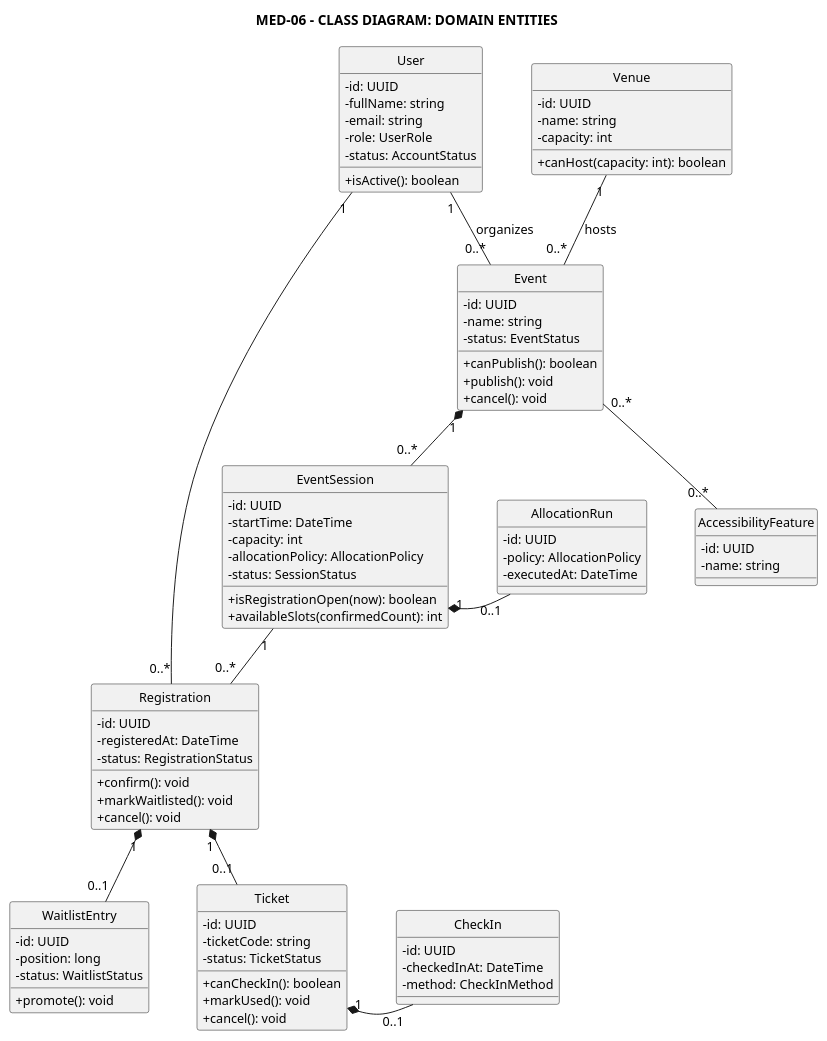
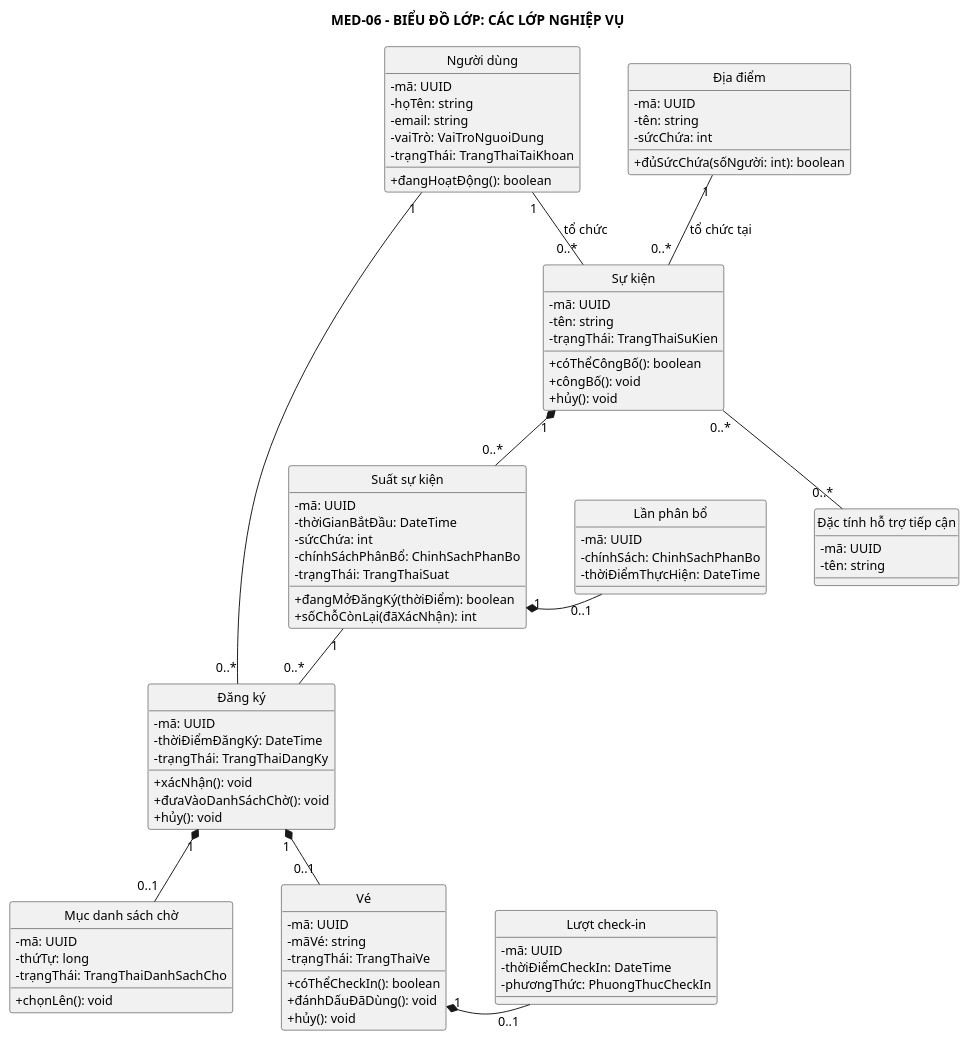
Before and after one commit to anh632k-ui/OOP-DoAn: the diagram in PTTK/03_ClassDiagram/01-class-diagram-entities.puml, drawn with PlantUML.

Commit message:
docs(tv): Việt hóa biểu đồ lớp nghiệp vụ

```diff
--- a/PTTK/03_ClassDiagram/01-class-diagram-entities.puml
+++ b/PTTK/03_ClassDiagram/01-class-diagram-entities.puml
@@ -1,99 +1,98 @@
 @startuml
 top to bottom direction
 skinparam monochrome true
 skinparam shadowing false
 skinparam classAttributeIconSize 0
 skinparam defaultFontSize 13
 skinparam nodesep 50
 skinparam ranksep 55
 hide circle
 hide stereotypes
 
-title MED-06 - CLASS DIAGRAM: DOMAIN ENTITIES
+title MED-06 - BIỂU ĐỒ LỚP: CÁC LỚP NGHIỆP VỤ
 
-class User {
-  - id: UUID
-  - fullName: string
+class "Người dùng" as NguoiDung {
+  - mã: UUID
+  - họTên: string
   - email: string
-  - role: UserRole
-  - status: AccountStatus
-  + isActive(): boolean
+  - vaiTrò: VaiTroNguoiDung
+  - trạngThái: TrangThaiTaiKhoan
+  + đangHoạtĐộng(): boolean
 }
-class Venue {
-  - id: UUID
-  - name: string
-  - capacity: int
-  + canHost(capacity: int): boolean
+class "Địa điểm" as DiaDiem {
+  - mã: UUID
+  - tên: string
+  - sứcChứa: int
+  + đủSứcChứa(sốNgười: int): boolean
 }
-class AccessibilityFeature {
-  - id: UUID
-  - name: string
+class "Đặc tính hỗ trợ tiếp cận" as HoTroTiepCan {
+  - mã: UUID
+  - tên: string
 }
-class Event {
-  - id: UUID
-  - name: string
-  - status: EventStatus
-  + canPublish(): boolean
-  + publish(): void
-  + cancel(): void
+class "Sự kiện" as SuKien {
+  - mã: UUID
+  - tên: string
+  - trạngThái: TrangThaiSuKien
+  + cóThểCôngBố(): boolean
+  + côngBố(): void
+  + hủy(): void
 }
-class EventSession {
-  - id: UUID
-  - startTime: DateTime
-  - capacity: int
-  - allocationPolicy: AllocationPolicy
-  - status: SessionStatus
-  + isRegistrationOpen(now): boolean
-  + availableSlots(confirmedCount): int
+class "Suất sự kiện" as SuatSuKien {
+  - mã: UUID
+  - thờiGianBắtĐầu: DateTime
+  - sứcChứa: int
+  - chínhSáchPhânBổ: ChinhSachPhanBo
+  - trạngThái: TrangThaiSuat
+  + đangMởĐăngKý(thờiĐiểm): boolean
+  + sốChỗCònLại(đãXácNhận): int
 }
-class AllocationRun {
-  - id: UUID
-  - policy: AllocationPolicy
-  - executedAt: DateTime
+class "Lần phân bổ" as LanPhanBo {
+  - mã: UUID
+  - chínhSách: ChinhSachPhanBo
+  - thờiĐiểmThựcHiện: DateTime
 }
-class Registration {
-  - id: UUID
-  - registeredAt: DateTime
-  - status: RegistrationStatus
-  + confirm(): void
-  + markWaitlisted(): void
-  + cancel(): void
+class "Đăng ký" as DangKy {
+  - mã: UUID
+  - thờiĐiểmĐăngKý: DateTime
+  - trạngThái: TrangThaiDangKy
+  + xácNhận(): void
+  + đưaVàoDanhSáchChờ(): void
+  + hủy(): void
 }
-class WaitlistEntry {
-  - id: UUID
-  - position: long
-  - status: WaitlistStatus
-  + promote(): void
+class "Mục danh sách chờ" as DanhSachCho {
+  - mã: UUID
+  - thứTự: long
+  - trạngThái: TrangThaiDanhSachCho
+  + chọnLên(): void
 }
-class Ticket {
-  - id: UUID
-  - ticketCode: string
-  - status: TicketStatus
-  + canCheckIn(): boolean
-  + markUsed(): void
-  + cancel(): void
+class "Vé" as Ve {
+  - mã: UUID
+  - mãVé: string
+  - trạngThái: TrangThaiVe
+  + cóThểCheckIn(): boolean
+  + đánhDấuĐãDùng(): void
+  + hủy(): void
 }
-class CheckIn {
-  - id: UUID
-  - checkedInAt: DateTime
-  - method: CheckInMethod
+class "Lượt check-in" as LuotCheckIn {
+  - mã: UUID
+  - thờiĐiểmCheckIn: DateTime
+  - phươngThức: PhuongThucCheckIn
 }
 
-Venue "1" -- "0..*" Event : hosts
-User "1" -- "0..*" Event : organizes
-Event "1" *-- "0..*" EventSession
-Event "0..*" -- "0..*" AccessibilityFeature
-EventSession "1" -- "0..*" Registration
-User "1" -- "0..*" Registration
-EventSession "1" *-- "0..1" AllocationRun
-Registration "1" *-- "0..1" WaitlistEntry
-Registration "1" *-- "0..1" Ticket
-Ticket "1" *-- "0..1" CheckIn
+DiaDiem "1" -- "0..*" SuKien : tổ chức tại
+NguoiDung "1" -- "0..*" SuKien : tổ chức
+SuKien "1" *-- "0..*" SuatSuKien
+SuKien "0..*" -- "0..*" HoTroTiepCan
+SuatSuKien "1" -- "0..*" DangKy
+NguoiDung "1" -- "0..*" DangKy
+SuatSuKien "1" *-- "0..1" LanPhanBo
+DangKy "1" *-- "0..1" DanhSachCho
+DangKy "1" *-- "0..1" Ve
+Ve "1" *-- "0..1" LuotCheckIn
 
-User -[hidden]right- Venue
-Venue -[hidden]right- AccessibilityFeature
-EventSession -[hidden]right- AllocationRun
-WaitlistEntry -[hidden]right- Ticket
-Ticket -[hidden]right- CheckIn
-
+NguoiDung -[hidden]right- DiaDiem
+DiaDiem -[hidden]right- HoTroTiepCan
+SuatSuKien -[hidden]right- LanPhanBo
+DanhSachCho -[hidden]right- Ve
+Ve -[hidden]right- LuotCheckIn
 @enduml
```
